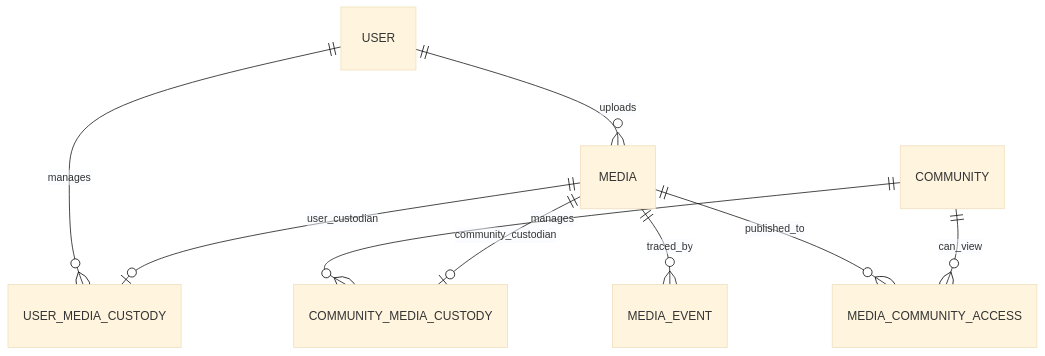
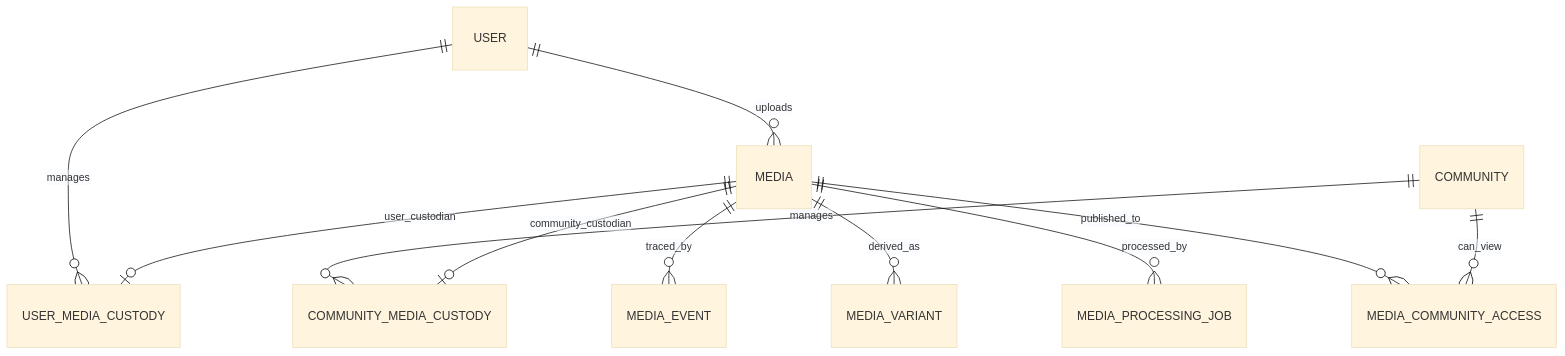
The first of 2 diagrams in content/media/data-model.mdx (hazuki3417/memoria-design), drawn with Mermaid (base theme) before and after one commit. The commit also changed other lines of this file and 29 other files, not shown here.

````diff
--- a/content/media/data-model.mdx
+++ b/content/media/data-model.mdx
@@ -9,11 +9,13 @@
 ```mermaid
 erDiagram
   USER ||--o{ MEDIA : uploads
   USER ||--o{ USER_MEDIA_CUSTODY : manages
   COMMUNITY ||--o{ COMMUNITY_MEDIA_CUSTODY : manages
   MEDIA ||--o| USER_MEDIA_CUSTODY : user_custodian
   MEDIA ||--o| COMMUNITY_MEDIA_CUSTODY : community_custodian
   MEDIA ||--o{ MEDIA_EVENT : traced_by
+  MEDIA ||--o{ MEDIA_VARIANT : derived_as
+  MEDIA ||--o{ MEDIA_PROCESSING_JOB : processed_by
   MEDIA ||--o{ MEDIA_COMMUNITY_ACCESS : published_to
   COMMUNITY ||--o{ MEDIA_COMMUNITY_ACCESS : can_view
 ```
````
